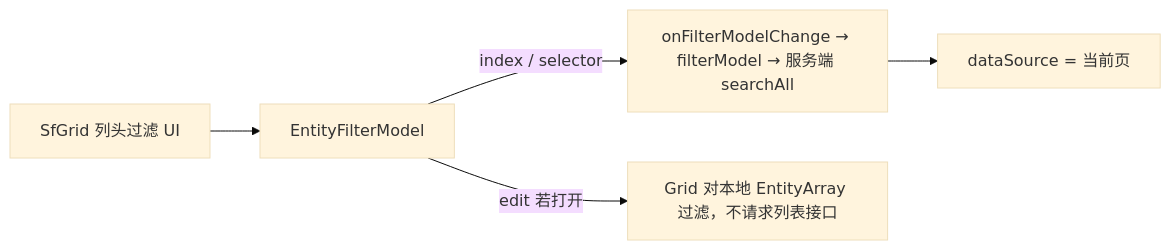
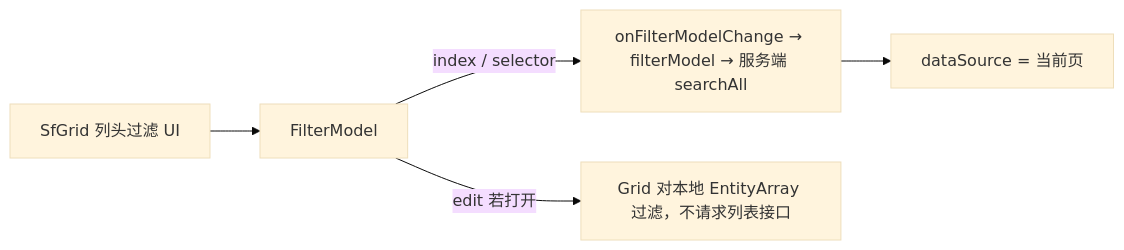
Before and after one commit to Roy7611/mmda-vue: the fourth of 4 diagrams in packages/vui-syncfusion/docs/sf-grid-design.md, drawn with Mermaid (base theme). The commit also changed other lines of this file and 80 other files, not shown here.

````diff
--- a/packages/vui-syncfusion/docs/sf-grid-design.md
+++ b/packages/vui-syncfusion/docs/sf-grid-design.md
@@ -386,7 +386,7 @@
 ```mermaid
 flowchart LR
-  ui["SfGrid 列头过滤 UI"] --> model["EntityFilterModel"]
+  ui["SfGrid 列头过滤 UI"] --> model["FilterModel"]
   model -->|"index / selector"| server["onFilterModelChange → filterModel → 服务端 searchAll"]
   server --> page["dataSource = 当前页"]
   model -->|"edit 若打开"| client["Grid 对本地 EntityArray 过滤，不请求列表接口"]
 ```
````
